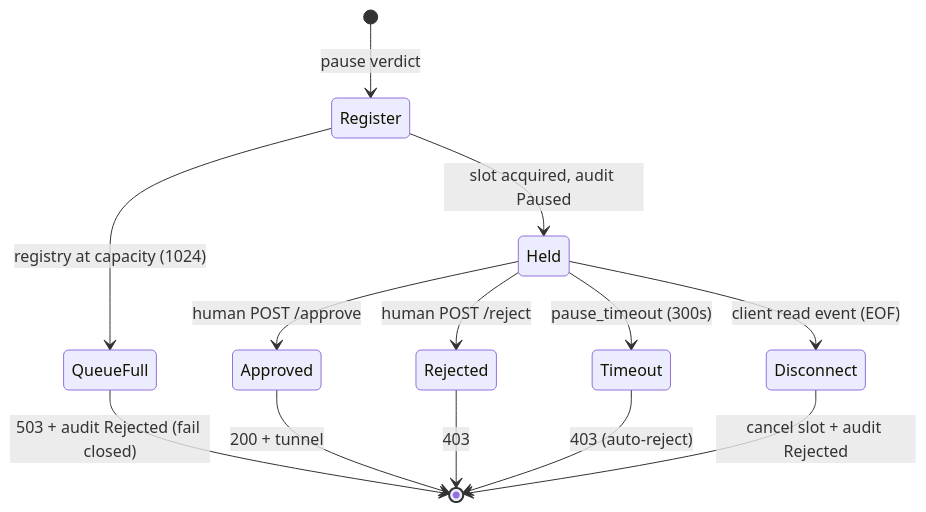
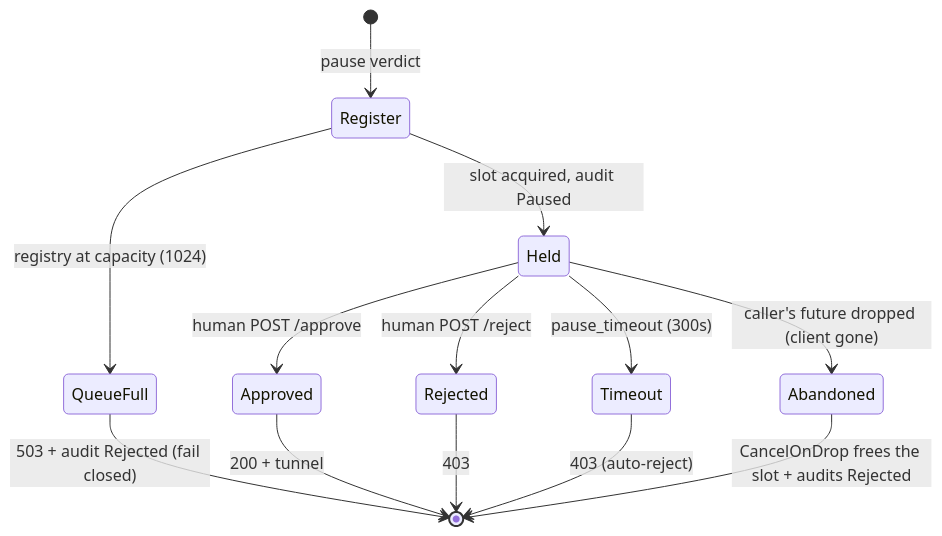
Before and after one commit to pleaseai/honmoon: the second of 3 diagrams in wiki/deep-dive/egress-gateway.md, drawn with Mermaid. The commit also changed other lines of this file and 2 other files, not shown here.

````diff
--- a/wiki/deep-dive/egress-gateway.md
+++ b/wiki/deep-dive/egress-gateway.md
@@ -126,15 +221,15 @@
 ```mermaid
 stateDiagram-v2
   [*] --> Register: pause verdict
   Register --> QueueFull: registry at capacity (1024)
   Register --> Held: slot acquired, audit Paused
   QueueFull --> [*]: 503 + audit Rejected (fail closed)
   Held --> Approved: human POST /approve
   Held --> Rejected: human POST /reject
   Held --> Timeout: pause_timeout (300s)
-  Held --> Disconnect: client read event (EOF)
+  Held --> Abandoned: caller's future dropped (client gone)
   Approved --> [*]: 200 + tunnel
   Rejected --> [*]: 403
   Timeout --> [*]: 403 (auto-reject)
-  Disconnect --> [*]: cancel slot + audit Rejected
+  Abandoned --> [*]: CancelOnDrop frees the slot + audits Rejected
 ```
````
